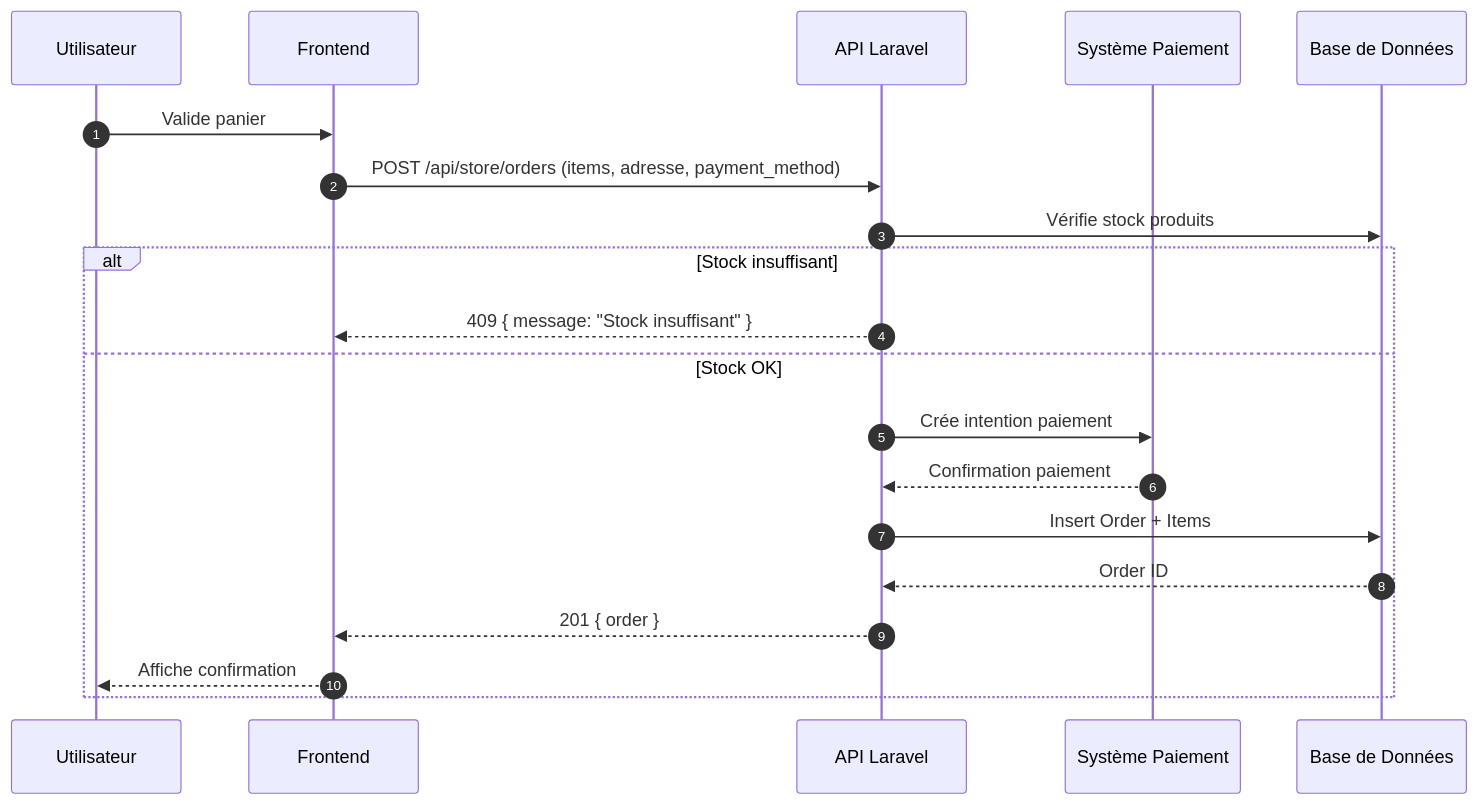
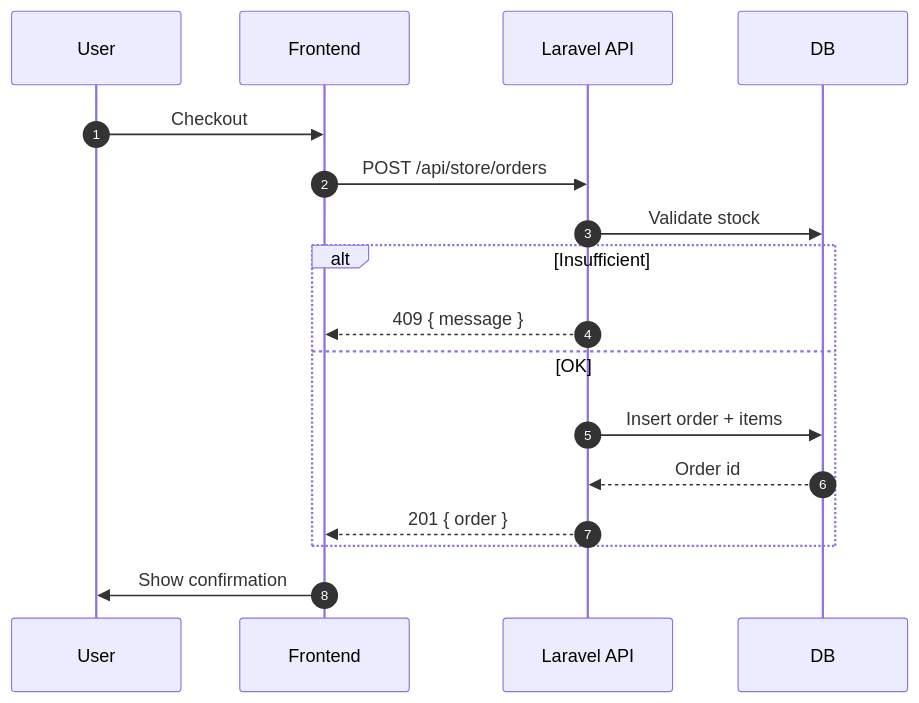
The diagram in diagrams/sequence_order_checkout.mermaid (NeuralMobi-ltd/FanRadarUser), drawn with Mermaid before and after one commit. The commit also changed 85 other files, not shown here.

```diff
--- a/diagrams/sequence_order_checkout.mermaid
+++ b/diagrams/sequence_order_checkout.mermaid
@@ -1,22 +1,18 @@
-%% Sequence Diagram: Checkout Order
+%% Simplified Order Checkout Sequence
 sequenceDiagram
   autonumber
-  participant U as Utilisateur
+  participant U as User
   participant FE as Frontend
-  participant API as API Laravel
-  participant PAY as Système Paiement
-  participant DB as Base de Données
-
-  U->>FE: Valide panier
-  FE->>API: POST /api/store/orders (items, adresse, payment_method)
-  API->>DB: Vérifie stock produits
-  alt Stock insuffisant
-    API-->>FE: 409 { message: "Stock insuffisant" }
-  else Stock OK
-    API->>PAY: Crée intention paiement
-    PAY-->>API: Confirmation paiement
-    API->>DB: Insert Order + Items
-    DB-->>API: Order ID
+  participant API as Laravel API
+  participant DB as DB
+  U->>FE: Checkout
+  FE->>API: POST /api/store/orders
+  API->>DB: Validate stock
+  alt Insufficient
+    API-->>FE: 409 { message }
+  else OK
+    API->>DB: Insert order + items
+    DB-->>API: Order id
     API-->>FE: 201 { order }
-    FE-->>U: Affiche confirmation
   end
+  FE->>U: Show confirmation
```
